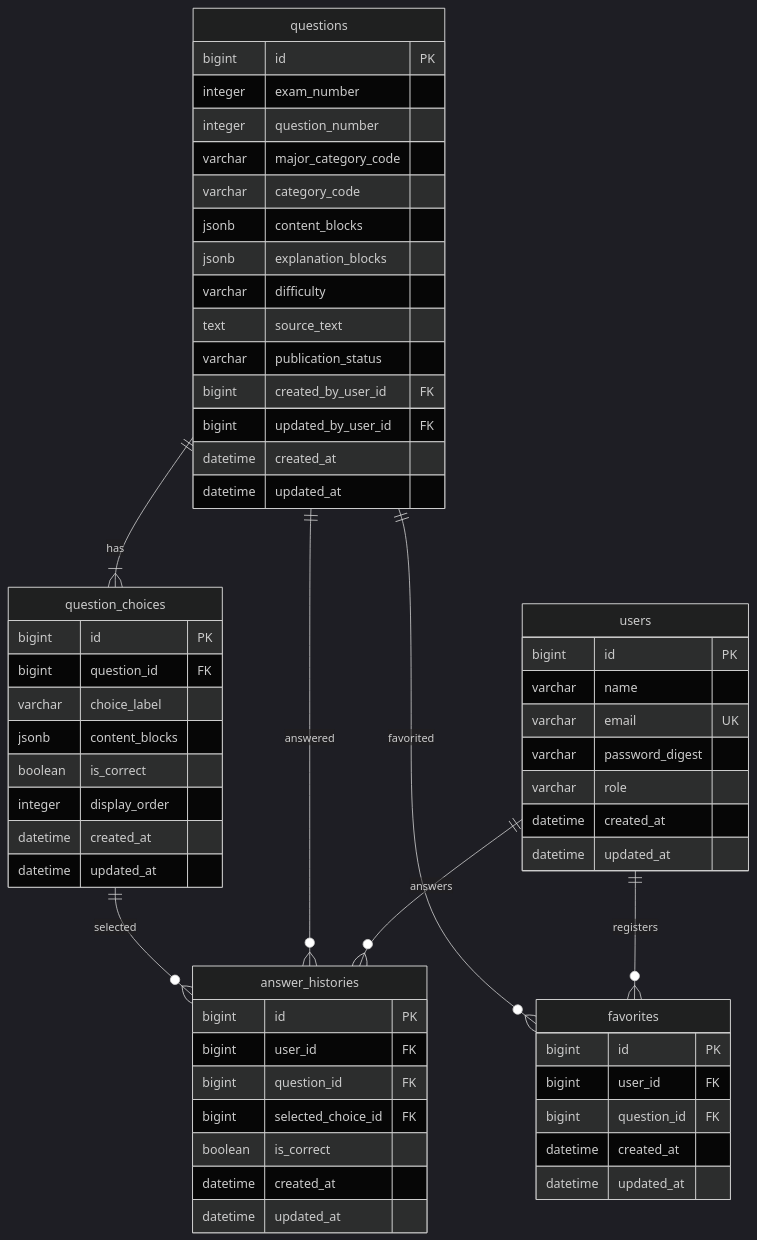
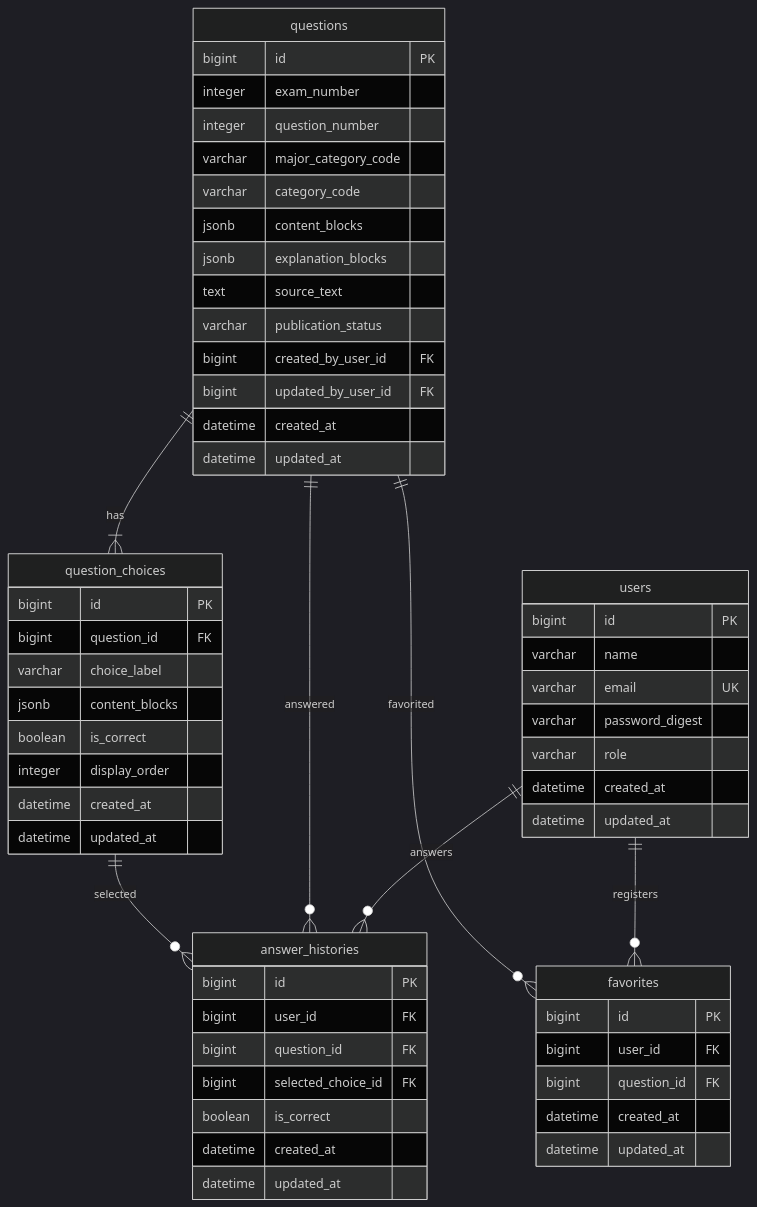
One commit to misato729/TQCE-info-practice changed the diagram in document/DB設計.md. Above: the diagram before and after it, drawn with Mermaid (dark theme). The commit also changed other lines of this file and 32 other files, not shown here.

````diff
--- a/document/DB設計.md
+++ b/document/DB設計.md
@@ -29,65 +29,64 @@
 ```mermaid
 erDiagram
     users ||--o{ answer_histories : answers
     users ||--o{ favorites : registers
     questions ||--|{ question_choices : has
     questions ||--o{ answer_histories : answered
     questions ||--o{ favorites : favorited
     question_choices ||--o{ answer_histories : selected
 
     users {
         bigint id PK
         varchar name
         varchar email UK
         varchar password_digest
         varchar role
         datetime created_at
         datetime updated_at
     }
 
     questions {
         bigint id PK
         integer exam_number
         integer question_number
         varchar major_category_code
         varchar category_code
         jsonb content_blocks
         jsonb explanation_blocks
-        varchar difficulty
         text source_text
         varchar publication_status
         bigint created_by_user_id FK
         bigint updated_by_user_id FK
         datetime created_at
         datetime updated_at
     }
 
     question_choices {
         bigint id PK
         bigint question_id FK
         varchar choice_label
         jsonb content_blocks
         boolean is_correct
         integer display_order
         datetime created_at
         datetime updated_at
     }
 
     answer_histories {
         bigint id PK
         bigint user_id FK
         bigint question_id FK
         bigint selected_choice_id FK
         boolean is_correct
         datetime created_at
         datetime updated_at
     }
 
     favorites {
         bigint id PK
         bigint user_id FK
         bigint question_id FK
         datetime created_at
         datetime updated_at
     }
 ```
````
